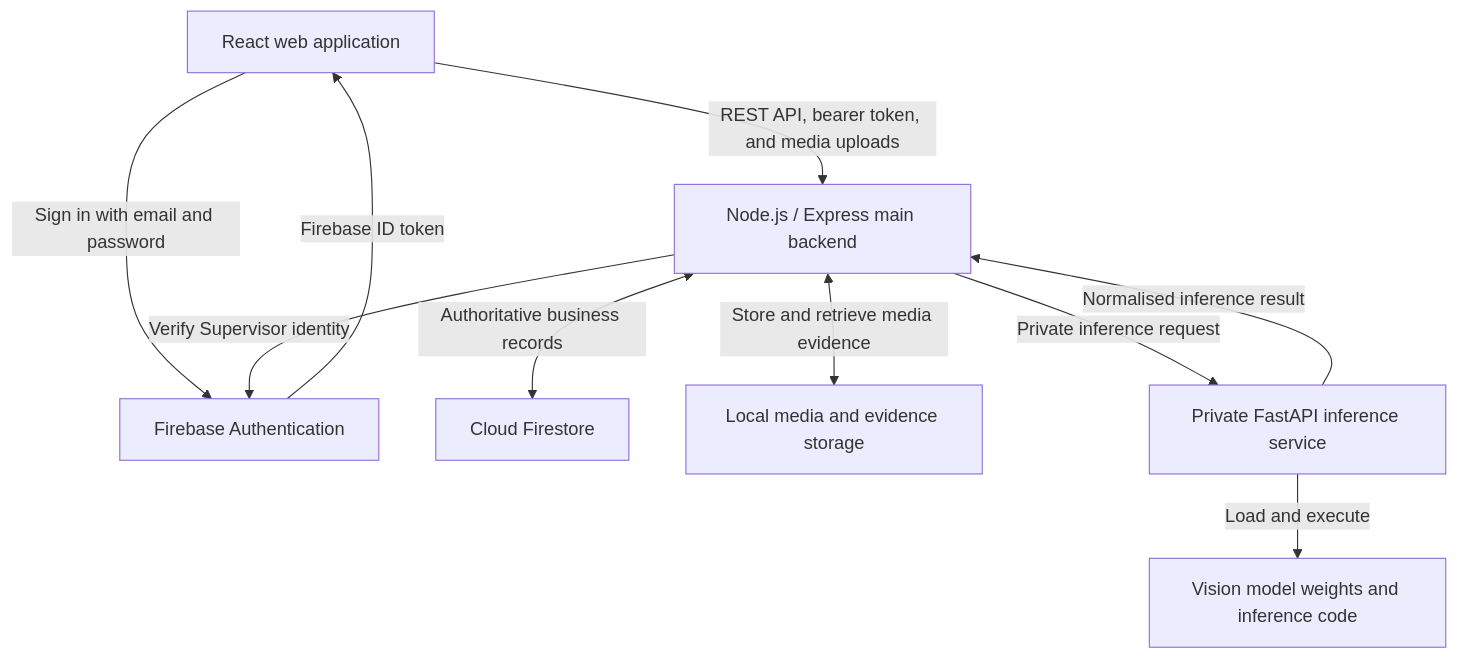
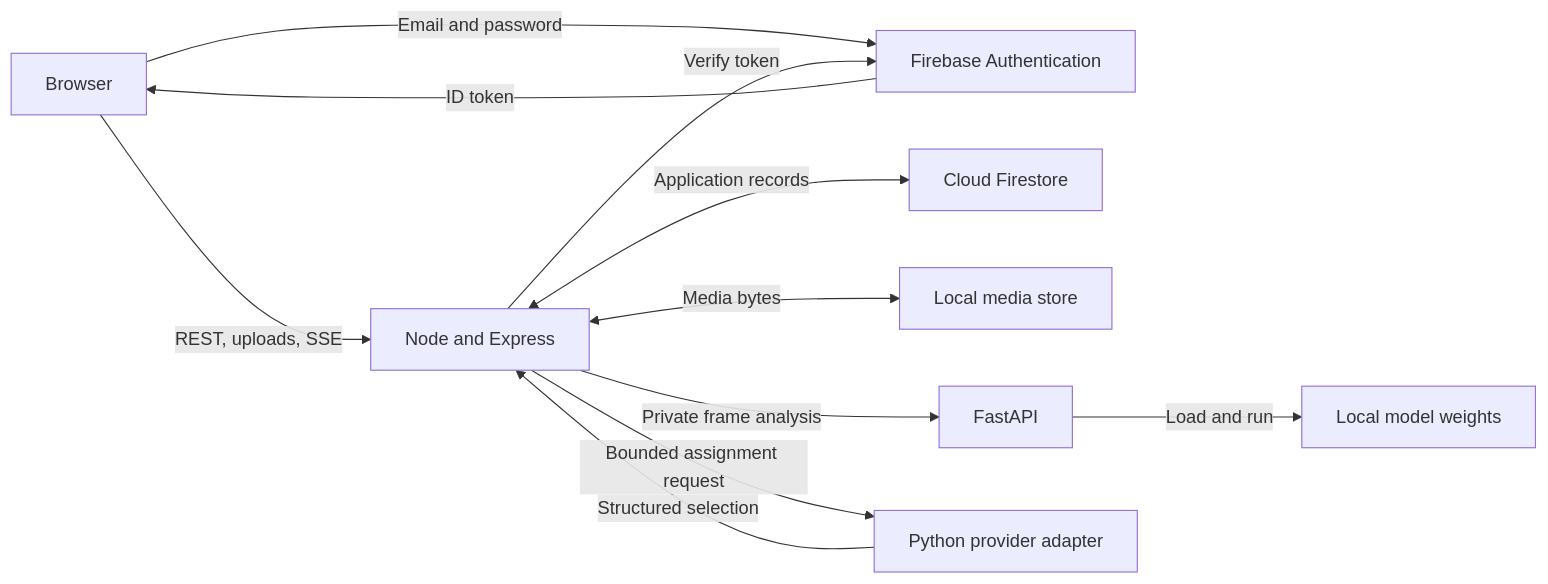
The diagram in docs/architecture.md (Cstan0824/LitterSpot), drawn with Mermaid before and after one commit. The commit also changed other lines of this file and 46 other files, not shown here.

````diff
--- a/docs/architecture.md
+++ b/docs/architecture.md
@@ -44,20 +18,13 @@
 ```mermaid
-flowchart TB
-    R["React web application"]
-    N["Node.js / Express main backend"]
-    A["Firebase Authentication"]
-    D["Cloud Firestore"]
-    S["Local media and evidence storage"]
-    F["Private FastAPI inference service"]
-    M["Vision model weights and inference code"]
-
-    R -->|"Sign in with email and password"| A
-    A -->|"Firebase ID token"| R
-    R -->|"REST API, bearer token, and media uploads"| N
-    N -->|"Verify Supervisor identity"| A
-    N <-->|"Authoritative business records"| D
-    N <-->|"Store and retrieve media evidence"| S
-    N -->|"Private inference request"| F
-    F -->|"Normalised inference result"| N
-    F -->|"Load and execute"| M
+flowchart LR
+    U[Browser] -->|Email and password| A[Firebase Authentication]
+    A -->|ID token| U
+    U -->|REST, uploads, SSE| N[Node and Express]
+    N -->|Verify token| A
+    N <-->|Application records| D[Cloud Firestore]
+    N <-->|Media bytes| M[Local media store]
+    N -->|Private frame analysis| P[FastAPI]
+    P -->|Load and run| W[Local model weights]
+    N -->|Bounded assignment request| Q[Python provider adapter]
+    Q -->|Structured selection| N
 ```
````
